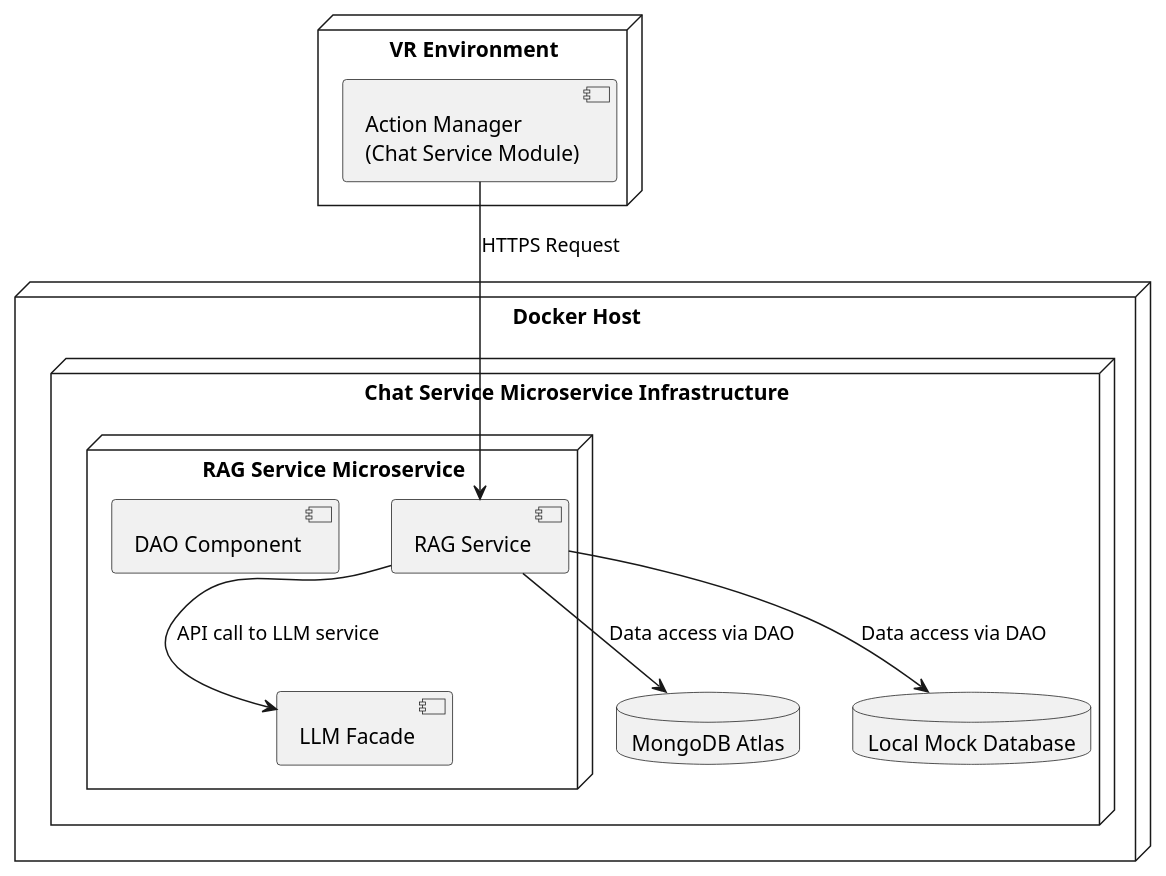
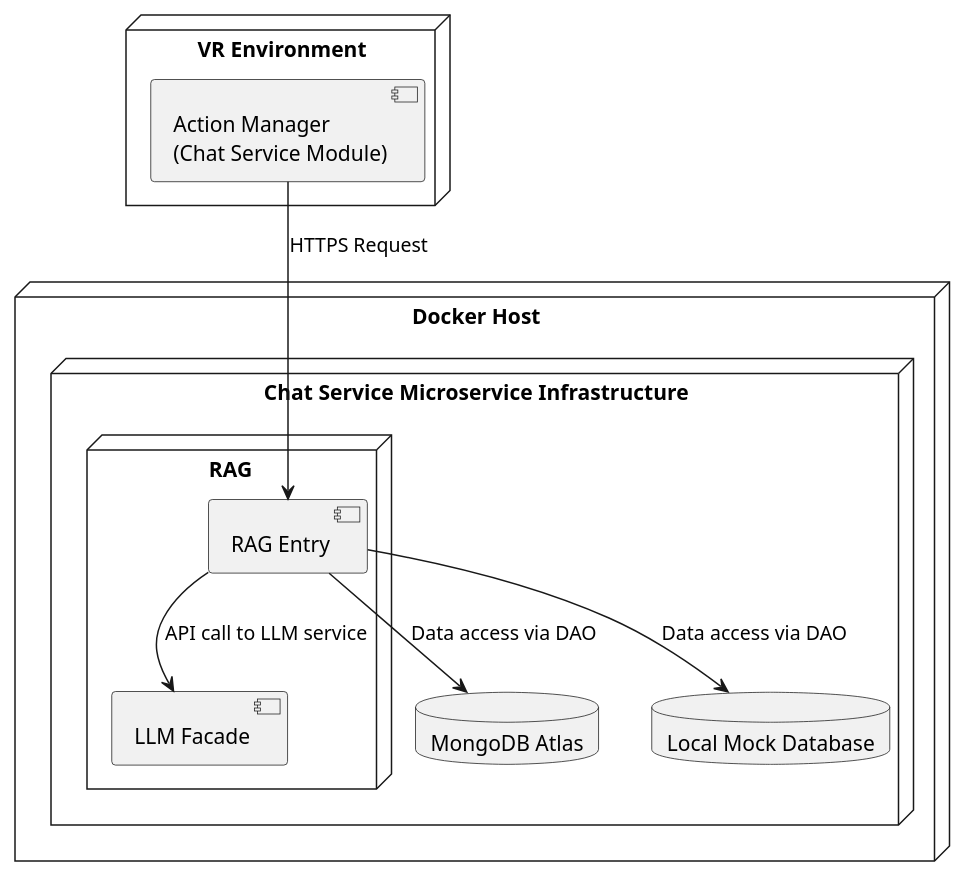
Before and after one commit to IMTEL/RAGdoll: the diagram in docs/architecture/diagrams/deployment.puml, drawn with PlantUML. The commit also changed 3 other files, not shown here.

Commit message:
docs: update deployment diagrams and process flow; fix chat history typo in pipeline

```diff
--- a/docs/architecture/diagrams/deployment.puml
+++ b/docs/architecture/diagrams/deployment.puml
@@ -1,21 +1,21 @@
 @startuml PhysicalView
 node "VR Environment" {
   component "Action Manager\n(Chat Service Module)" as AM
 }
 node "Docker Host" {
 node "Chat Service Microservice Infrastructure" {
-  node "RAG Service Microservice" {
-    component "RAG Service" as RAG
-    component "DAO Component" as DAO
+  node "RAG " {
+    component "RAG Entry" as RAG_Entry
+
     component "LLM Facade" as LLM
   }
   database "MongoDB Atlas" as DB
   database "Local Mock Database" as MockDB
 }
 }
 
-AM --> RAG : HTTPS Request
-RAG --> DB : Data access via DAO
-RAG --> MockDB : Data access via DAO
-RAG --> LLM : API call to LLM service
+AM --> RAG_Entry : HTTPS Request
+RAG_Entry --> DB : Data access via DAO
+RAG_Entry --> MockDB : Data access via DAO
+RAG_Entry --> LLM : API call to LLM service
 @enduml
```
